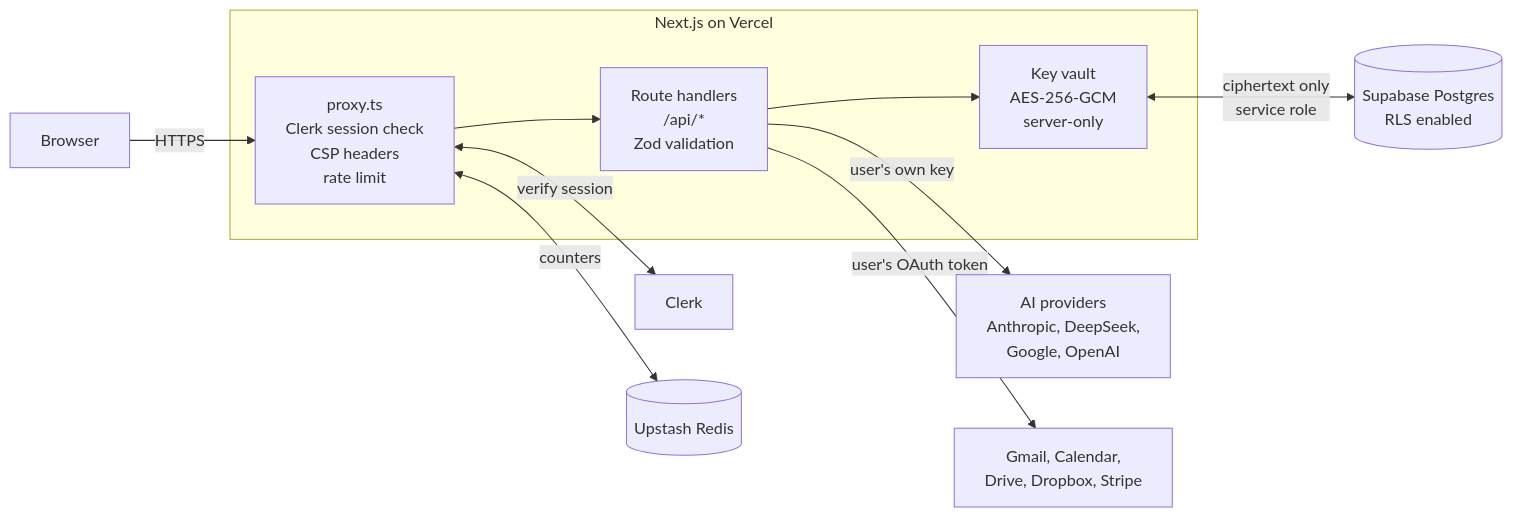
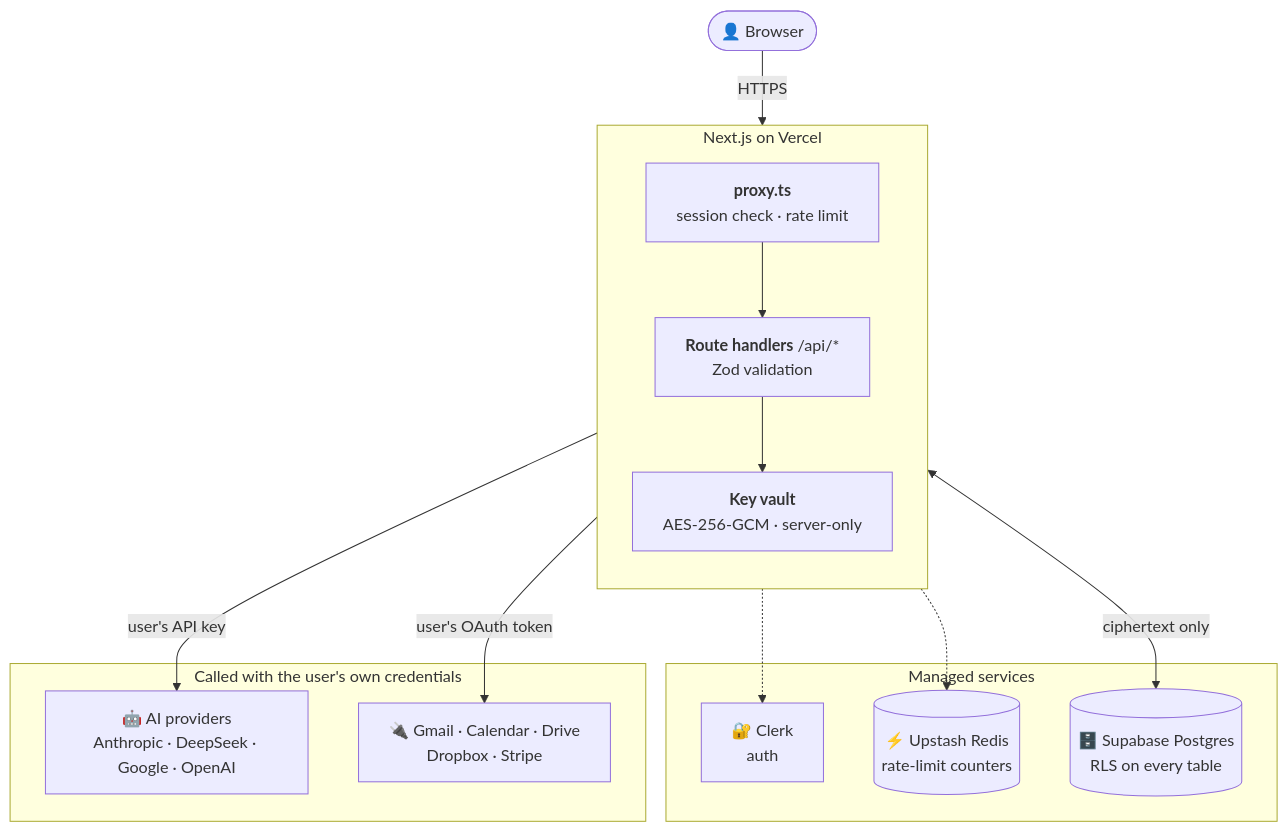
Before and after one commit to sowaxer/quivo-app: the second of 4 diagrams in README.md, drawn with Mermaid. The commit also changed other lines of this file, not shown here.

First line of the commit message:
Redesign README: diagrams, stats, security deep-dive

````diff
--- a/README.md
+++ b/README.md
@@ -70,16 +89,30 @@
 ```mermaid
-flowchart LR
-    U[Browser] -->|HTTPS| P
+flowchart TB
+    User(["👤 Browser"])
 
-    subgraph Vercel["Next.js on Vercel"]
-        P["proxy.ts<br/>Clerk session check<br/>CSP headers<br/>rate limit"] --> R["Route handlers<br/>/api/*<br/>Zod validation"]
-        R --> V["Key vault<br/>AES-256-GCM<br/>server-only"]
+    subgraph Edge["Next.js on Vercel"]
+        direction TB
+        Proxy["<b>proxy.ts</b><br/>session check · rate limit"]
+        API["<b>Route handlers</b> /api/*<br/>Zod validation"]
+        Vault["<b>Key vault</b><br/>AES-256-GCM · server-only"]
+        Proxy --> API --> Vault
     end
 
-    P <-->|verify session| C[Clerk]
-    P <-->|counters| X[(Upstash Redis)]
-    V <-->|ciphertext only<br/>service role| S[(Supabase Postgres<br/>RLS enabled)]
+    subgraph Services["Managed services"]
+        Clerk["🔐 Clerk<br/>auth"]
+        Redis[("⚡ Upstash Redis<br/>rate-limit counters")]
+        DB[("🗄️ Supabase Postgres<br/>RLS on every table")]
+    end
 
-    R -->|user's own key| AI["AI providers<br/>Anthropic, DeepSeek,<br/>Google, OpenAI"]
-    R -->|user's OAuth token| G["Gmail, Calendar,<br/>Drive, Dropbox, Stripe"]
+    subgraph External["Called with the user's own credentials"]
+        AI["🤖 AI providers<br/>Anthropic · DeepSeek · Google · OpenAI"]
+        Apps["🔌 Gmail · Calendar · Drive<br/>Dropbox · Stripe"]
+    end
+
+    User -->|HTTPS| Proxy
+    Proxy -.-> Clerk
+    Proxy -.-> Redis
+    Vault <-->|ciphertext only| DB
+    API -->|user's API key| AI
+    API -->|user's OAuth token| Apps
 ```
````
